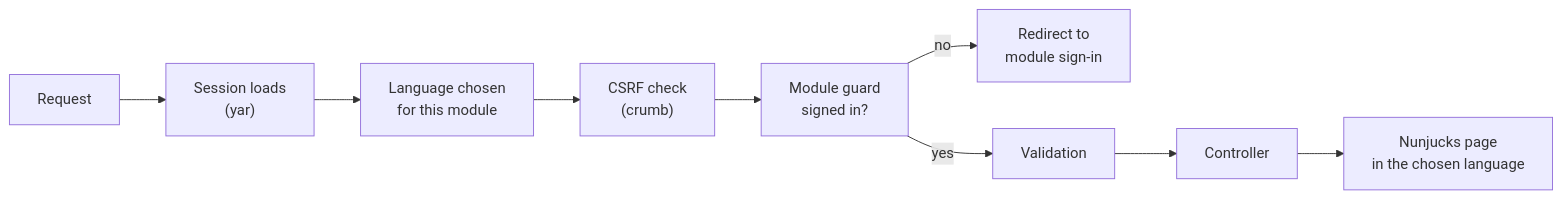
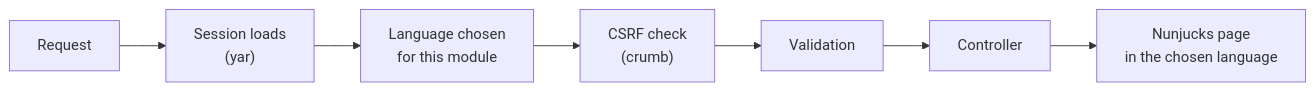
One commit to DEFRA/aqie-prtr-submissions-frontend changed the third of 4 diagrams in docs/architecture.md. Above: the diagram before and after it, drawn with Mermaid. The commit also changed other lines of this file and 2 other files, not shown here.

````diff
--- a/docs/architecture.md
+++ b/docs/architecture.md
@@ -466,11 +239,9 @@
 ```mermaid
 flowchart LR
   A["Request"] --> B["Session loads<br/>(yar)"]
   B --> C["Language chosen<br/>for this module"]
   C --> D["CSRF check<br/>(crumb)"]
-  D --> E["Module guard<br/>signed in?"]
-  E -->|no| F["Redirect to<br/>module sign-in"]
-  E -->|yes| G["Validation"]
+  D --> G["Validation"]
   G --> H["Controller"]
   H --> I["Nunjucks page<br/>in the chosen language"]
 ```
````
